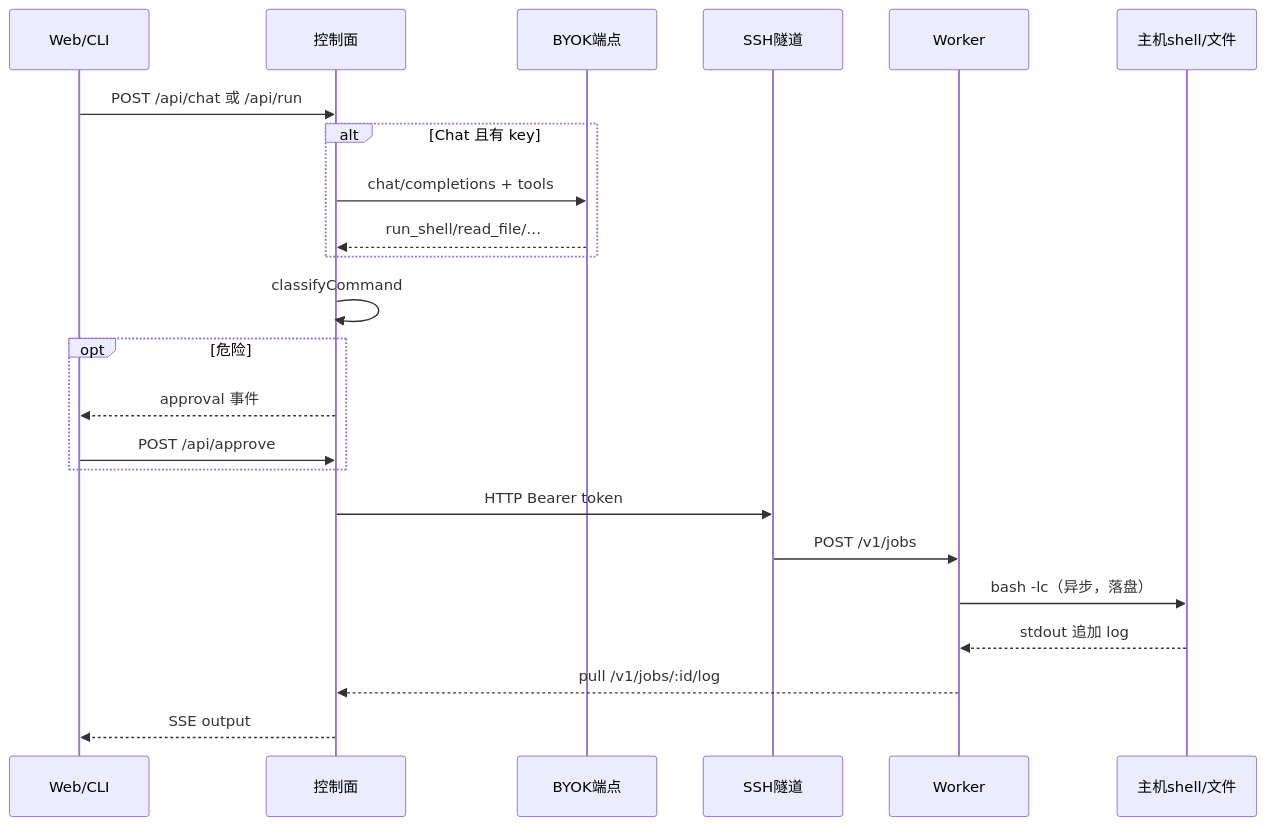
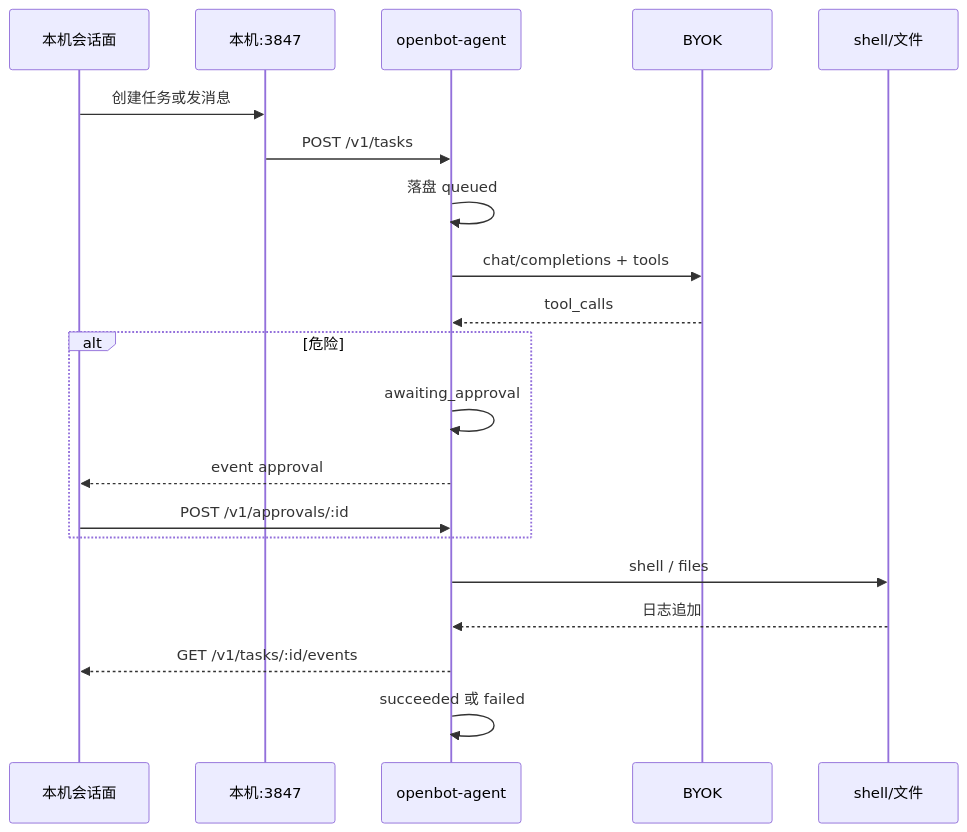
Before and after one commit to BiuBiuHu/OpenBot: the third of 3 diagrams in docs/openbot-mvp/03-architecture/architecture.md, drawn with Mermaid. The commit also changed other lines of this file and 12 other files, not shown here.

First line of the commit message:
docs: 锁定远端 openbot-agent 与本机会话面架构

````diff
--- a/docs/openbot-mvp/03-architecture/architecture.md
+++ b/docs/openbot-mvp/03-architecture/architecture.md
@@ -109,25 +184,22 @@
 ```mermaid
 sequenceDiagram
-  participant UI as Web/CLI
-  participant Core as 控制面
-  participant LLM as BYOK端点
-  participant Tun as SSH隧道
-  participant W as Worker
-  participant FS as 主机shell/文件
-  UI->>Core: POST /api/chat 或 /api/run
-  alt Chat 且有 key
-    Core->>LLM: chat/completions + tools
-    LLM-->>Core: run_shell/read_file/…
+  participant UI as 本机会话面
+  participant Proxy as 本机:3847
+  participant A as openbot-agent
+  participant LLM as BYOK
+  participant FS as shell/文件
+  UI->>Proxy: 创建任务或发消息
+  Proxy->>A: POST /v1/tasks
+  A->>A: 落盘 queued
+  A->>LLM: chat/completions + tools
+  LLM-->>A: tool_calls
+  alt 危险
+    A->>A: awaiting_approval
+    A-->>UI: event approval
+    UI->>A: POST /v1/approvals/:id
   end
-  Core->>Core: classifyCommand
-  opt 危险
-    Core-->>UI: approval 事件
-    UI->>Core: POST /api/approve
-  end
-  Core->>Tun: HTTP Bearer token
-  Tun->>W: POST /v1/jobs
-  W->>FS: bash -lc（异步，落盘）
-  FS-->>W: stdout 追加 log
-  W-->>Core: pull /v1/jobs/:id/log
-  Core-->>UI: SSE output
+  A->>FS: shell / files
+  FS-->>A: 日志追加
+  A-->>UI: GET /v1/tasks/:id/events
+  A->>A: succeeded 或 failed
 ```
````
